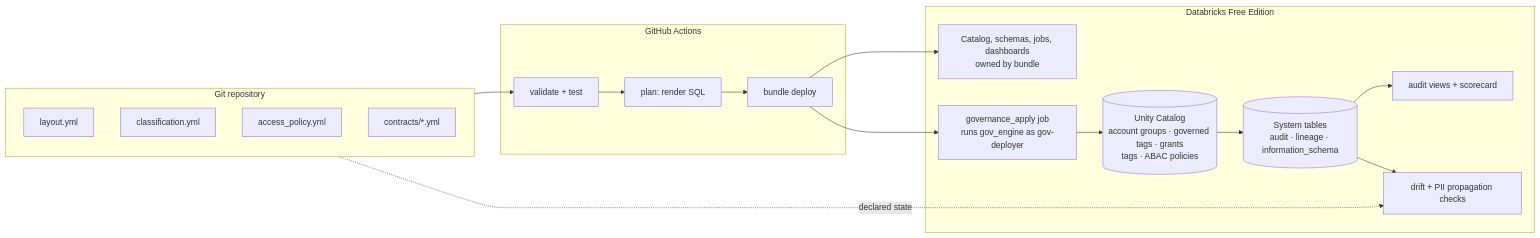
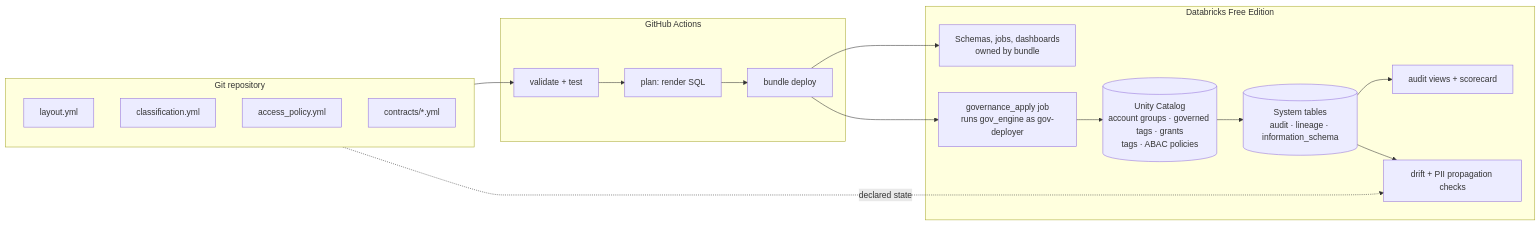
Before and after one commit to felipecastro-data/lakehouse-governance-as-code: the first of 3 diagrams in docs/architecture.md, drawn with Mermaid. The commit also changed other lines of this file and 12 other files, not shown here.

First line of the commit message:
Create the catalog with SQL before bundle deploy

````diff
--- a/docs/architecture.md
+++ b/docs/architecture.md
@@ -5,31 +5,31 @@
 ```mermaid
 flowchart LR
     subgraph Git["Git repository"]
         L[layout.yml]
         C[classification.yml]
         A[access_policy.yml]
         K[contracts/*.yml]
     end
 
     subgraph CI["GitHub Actions"]
         V[validate + test]
         P[plan: render SQL]
         D[bundle deploy]
     end
 
     subgraph DBX["Databricks Free Edition"]
-        S[Catalog, schemas, jobs, dashboards<br/>owned by bundle]
+        S[Schemas, jobs, dashboards<br/>owned by bundle]
         J[governance_apply job<br/>runs gov_engine as gov-deployer]
         UC[(Unity Catalog<br/>account groups · governed tags · grants<br/>tags · ABAC policies)]
         ST[(System tables<br/>audit · lineage · information_schema)]
         AV[audit views + scorecard]
         DR[drift + PII propagation checks]
     end
 
     Git --> V --> P --> D
     D --> S
     D --> J --> UC
     UC --> ST --> AV
     ST --> DR
     Git -. declared state .-> DR
 ```
````
